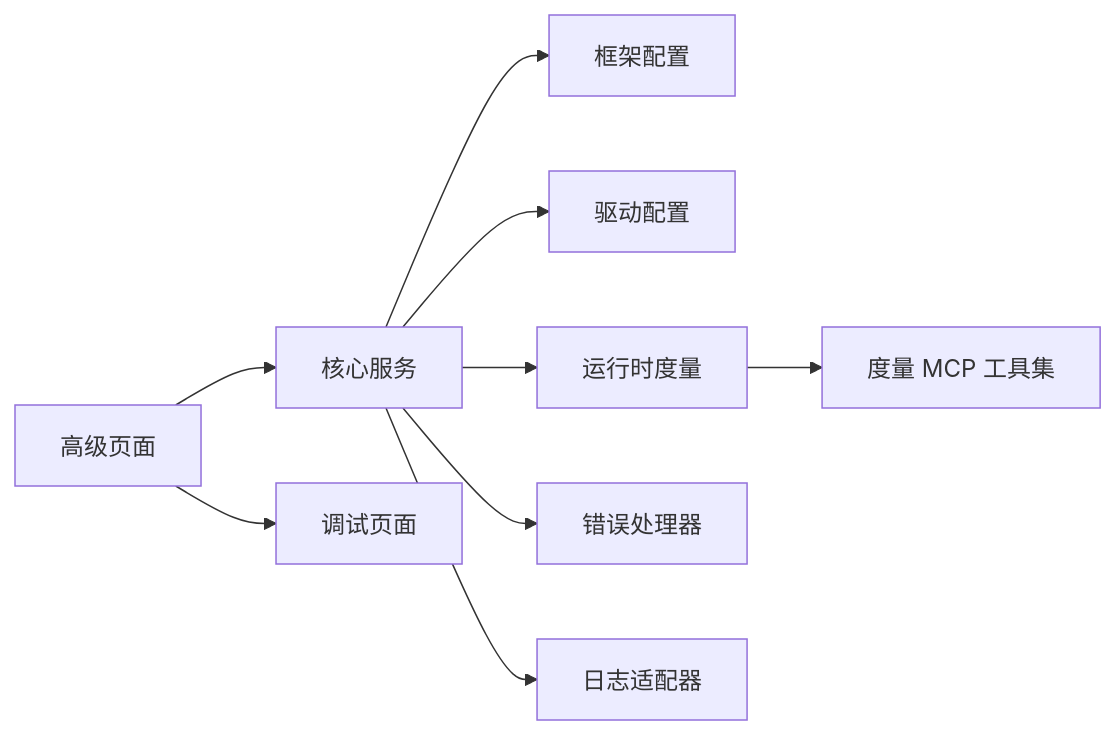
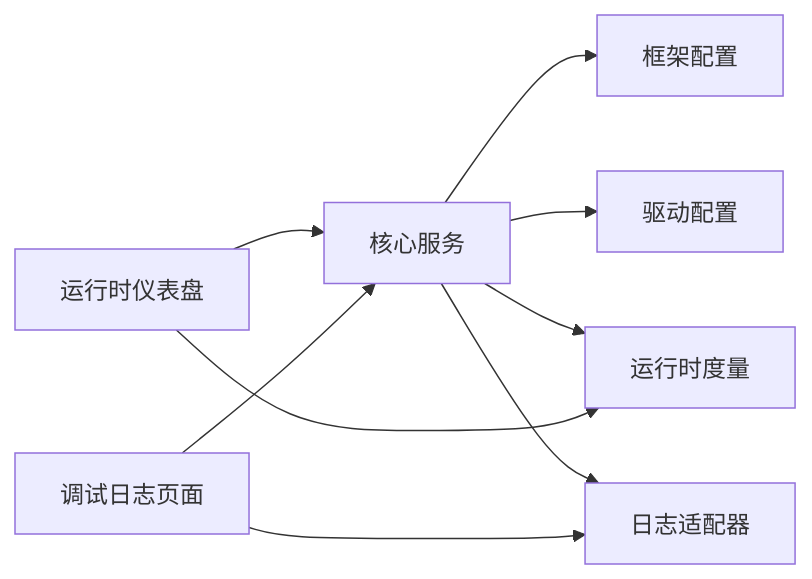
The eighth of 8 diagrams in .qoder/repowiki/zh/content/用户界面系统/高级页面.md (suzvka/RimLife), drawn with Mermaid before and after one commit. The commit also changed other lines of this file and 19 other files, not shown here.

````diff
--- a/.qoder/repowiki/zh/content/用户界面系统/高级页面.md
+++ b/.qoder/repowiki/zh/content/用户界面系统/高级页面.md
@@ -357,11 +412,11 @@
 ```mermaid
 graph LR
-Adv["高级页面"] --> Core["核心服务"]
+Dash["运行时仪表盘"] --> Core["核心服务"]
+Dbg["调试日志页面"] --> Core
 Core --> Fcfg["框架配置"]
 Core --> Dcfg["驱动配置"]
 Core --> Met["运行时度量"]
-Core --> Err["错误处理器"]
 Core --> Log["日志适配器"]
-Met --> MTool["度量 MCP 工具集"]
-Adv --> Dbg["调试页面"]
+Dash --> Met
+Dbg --> Log
 ```
````
